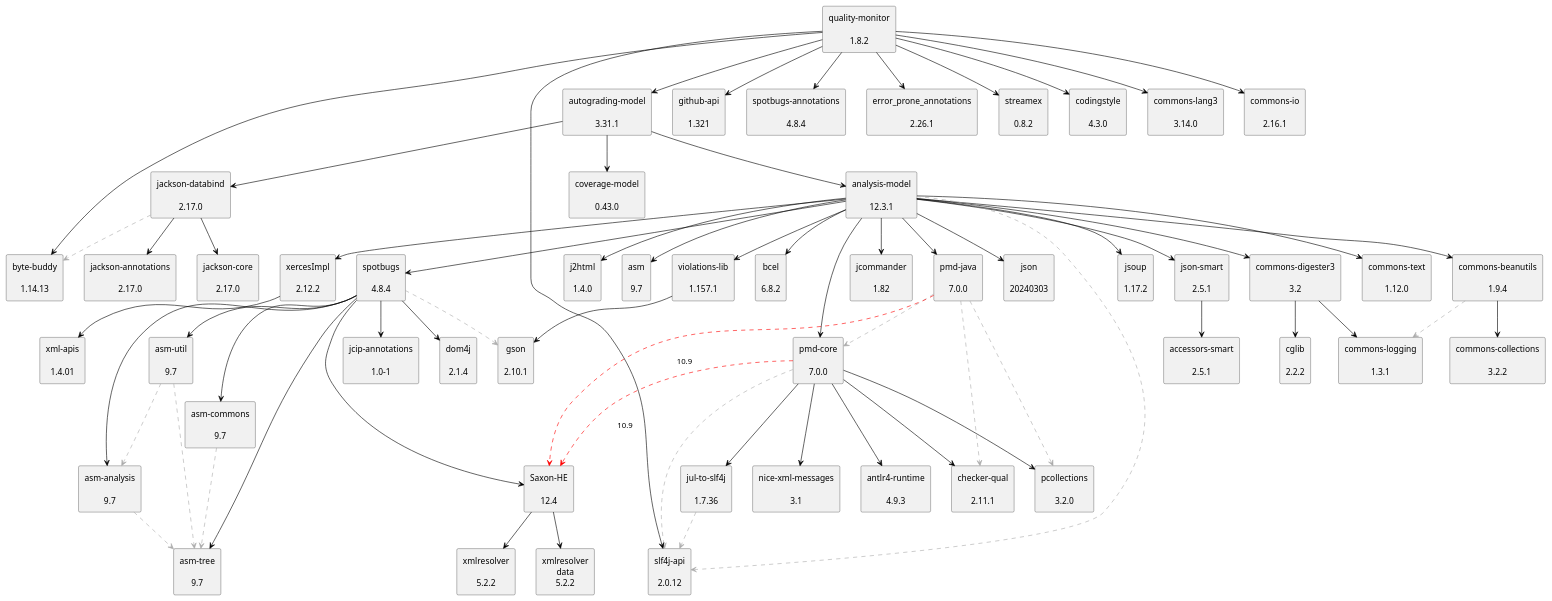
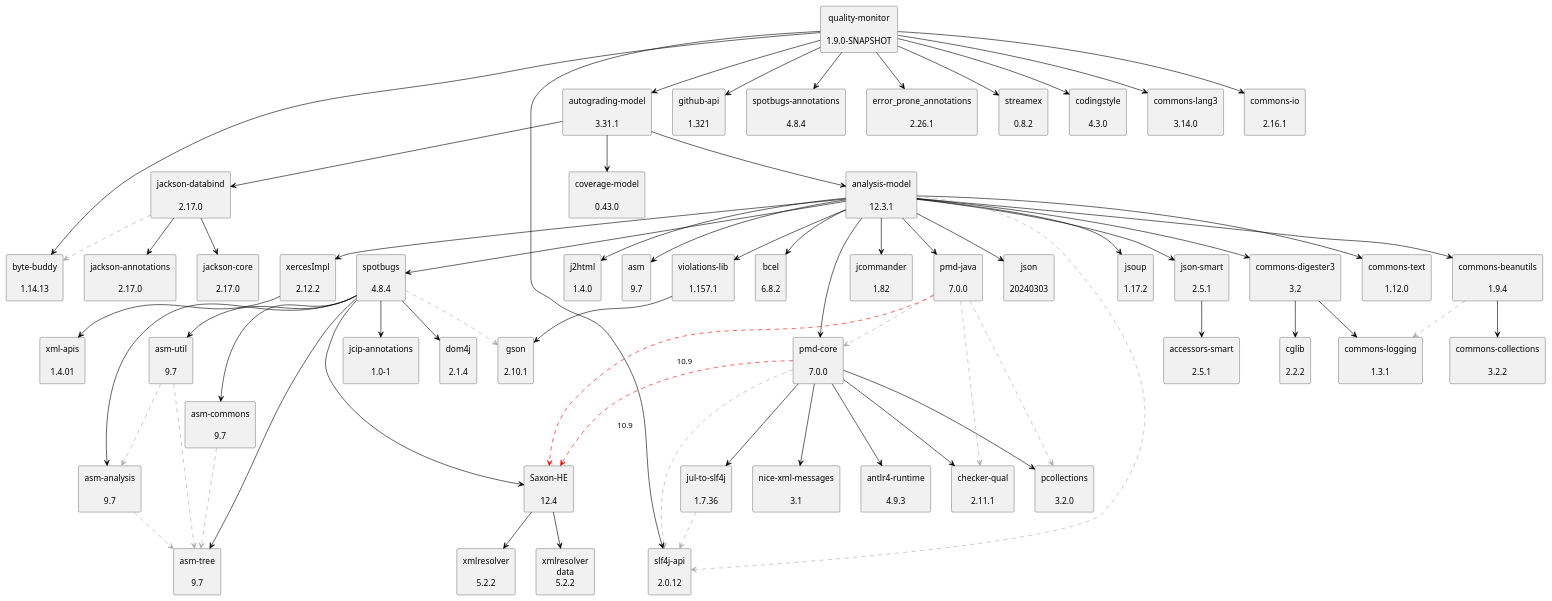
The diagram in doc/dependency-graph.puml (uhafner/quality-monitor), drawn with PlantUML before and after one commit. The commit also changed 3 other files, not shown here.

```diff
--- a/doc/dependency-graph.puml
+++ b/doc/dependency-graph.puml
@@ -1,125 +1,125 @@
 @startuml
 skinparam defaultTextAlignment center
 skinparam rectangle {
   BackgroundColor<<optional>> beige
   BackgroundColor<<test>> lightGreen
   BackgroundColor<<runtime>> lightBlue
   BackgroundColor<<provided>> lightGray
 }
 rectangle "analysis-model\n\n12.3.1" as edu_hm_hafner_analysis_model_jar
 rectangle "jsoup\n\n1.17.2" as org_jsoup_jsoup_jar
 rectangle "commons-digester3\n\n3.2" as org_apache_commons_commons_digester3_jar
 rectangle "cglib\n\n2.2.2" as cglib_cglib_jar
 rectangle "commons-logging\n\n1.3.1" as commons_logging_commons_logging_jar
 rectangle "commons-beanutils\n\n1.9.4" as commons_beanutils_commons_beanutils_jar
 rectangle "commons-collections\n\n3.2.2" as commons_collections_commons_collections_jar
 rectangle "commons-text\n\n1.12.0" as org_apache_commons_commons_text_jar
 rectangle "violations-lib\n\n1.157.1" as se_bjurr_violations_violations_lib_jar
 rectangle "gson\n\n2.10.1" as com_google_code_gson_gson_jar
 rectangle "j2html\n\n1.4.0" as com_j2html_j2html_jar
 rectangle "xercesImpl\n\n2.12.2" as xerces_xercesImpl_jar
 rectangle "xml-apis\n\n1.4.01" as xml_apis_xml_apis_jar
 rectangle "asm\n\n9.7" as org_ow2_asm_asm_jar
 rectangle "asm-analysis\n\n9.7" as org_ow2_asm_asm_analysis_jar
 rectangle "asm-tree\n\n9.7" as org_ow2_asm_asm_tree_jar
 rectangle "spotbugs\n\n4.8.4" as com_github_spotbugs_spotbugs_jar
 rectangle "asm-commons\n\n9.7" as org_ow2_asm_asm_commons_jar
 rectangle "asm-util\n\n9.7" as org_ow2_asm_asm_util_jar
 rectangle "jcip-annotations\n\n1.0-1" as com_github_stephenc_jcip_jcip_annotations_jar
 rectangle "dom4j\n\n2.1.4" as org_dom4j_dom4j_jar
 rectangle "Saxon-HE\n\n12.4" as net_sf_saxon_Saxon_HE_jar
 rectangle "xmlresolver\n\n5.2.2" as org_xmlresolver_xmlresolver_jar
 rectangle "xmlresolver\ndata\n5.2.2" as org_xmlresolver_xmlresolver_jar_data
 rectangle "bcel\n\n6.8.2" as org_apache_bcel_bcel_jar
 rectangle "pmd-core\n\n7.0.0" as net_sourceforge_pmd_pmd_core_jar
 rectangle "slf4j-api\n\n2.0.12" as org_slf4j_slf4j_api_jar
 rectangle "jul-to-slf4j\n\n1.7.36" as org_slf4j_jul_to_slf4j_jar
 rectangle "antlr4-runtime\n\n4.9.3" as org_antlr_antlr4_runtime_jar
 rectangle "checker-qual\n\n2.11.1" as org_checkerframework_checker_qual_jar
 rectangle "pcollections\n\n3.2.0" as org_pcollections_pcollections_jar
 rectangle "nice-xml-messages\n\n3.1" as com_github_oowekyala_ooxml_nice_xml_messages_jar
 rectangle "jcommander\n\n1.82" as com_beust_jcommander_jar
 rectangle "pmd-java\n\n7.0.0" as net_sourceforge_pmd_pmd_java_jar
 rectangle "json\n\n20240303" as org_json_json_jar
 rectangle "json-smart\n\n2.5.1" as net_minidev_json_smart_jar
 rectangle "accessors-smart\n\n2.5.1" as net_minidev_accessors_smart_jar
 rectangle "autograding-model\n\n3.31.1" as edu_hm_hafner_autograding_model_jar
 rectangle "coverage-model\n\n0.43.0" as edu_hm_hafner_coverage_model_jar
 rectangle "jackson-databind\n\n2.17.0" as com_fasterxml_jackson_core_jackson_databind_jar
 rectangle "jackson-annotations\n\n2.17.0" as com_fasterxml_jackson_core_jackson_annotations_jar
 rectangle "jackson-core\n\n2.17.0" as com_fasterxml_jackson_core_jackson_core_jar
 rectangle "byte-buddy\n\n1.14.13" as net_bytebuddy_byte_buddy_jar
-rectangle "quality-monitor\n\n1.8.2" as edu_hm_hafner_quality_monitor_jar
+rectangle "quality-monitor\n\n1.9.0-SNAPSHOT" as edu_hm_hafner_quality_monitor_jar
 rectangle "github-api\n\n1.321" as org_kohsuke_github_api_jar
 rectangle "spotbugs-annotations\n\n4.8.4" as com_github_spotbugs_spotbugs_annotations_jar
 rectangle "error_prone_annotations\n\n2.26.1" as com_google_errorprone_error_prone_annotations_jar
 rectangle "streamex\n\n0.8.2" as one_util_streamex_jar
 rectangle "codingstyle\n\n4.3.0" as edu_hm_hafner_codingstyle_jar
 rectangle "commons-lang3\n\n3.14.0" as org_apache_commons_commons_lang3_jar
 rectangle "commons-io\n\n2.16.1" as commons_io_commons_io_jar
 edu_hm_hafner_analysis_model_jar -[#000000]-> org_jsoup_jsoup_jar
 org_apache_commons_commons_digester3_jar -[#000000]-> cglib_cglib_jar
 org_apache_commons_commons_digester3_jar -[#000000]-> commons_logging_commons_logging_jar
 edu_hm_hafner_analysis_model_jar -[#000000]-> org_apache_commons_commons_digester3_jar
 commons_beanutils_commons_beanutils_jar .[#ABABAB].> commons_logging_commons_logging_jar
 commons_beanutils_commons_beanutils_jar -[#000000]-> commons_collections_commons_collections_jar
 edu_hm_hafner_analysis_model_jar -[#000000]-> commons_beanutils_commons_beanutils_jar
 edu_hm_hafner_analysis_model_jar -[#000000]-> org_apache_commons_commons_text_jar
 se_bjurr_violations_violations_lib_jar -[#000000]-> com_google_code_gson_gson_jar
 edu_hm_hafner_analysis_model_jar -[#000000]-> se_bjurr_violations_violations_lib_jar
 edu_hm_hafner_analysis_model_jar -[#000000]-> com_j2html_j2html_jar
 xerces_xercesImpl_jar -[#000000]-> xml_apis_xml_apis_jar
 edu_hm_hafner_analysis_model_jar -[#000000]-> xerces_xercesImpl_jar
 edu_hm_hafner_analysis_model_jar -[#000000]-> org_ow2_asm_asm_jar
 org_ow2_asm_asm_analysis_jar .[#ABABAB].> org_ow2_asm_asm_tree_jar
 com_github_spotbugs_spotbugs_jar -[#000000]-> org_ow2_asm_asm_analysis_jar
 org_ow2_asm_asm_commons_jar .[#ABABAB].> org_ow2_asm_asm_tree_jar
 com_github_spotbugs_spotbugs_jar -[#000000]-> org_ow2_asm_asm_commons_jar
 com_github_spotbugs_spotbugs_jar -[#000000]-> org_ow2_asm_asm_tree_jar
 org_ow2_asm_asm_util_jar .[#ABABAB].> org_ow2_asm_asm_tree_jar
 org_ow2_asm_asm_util_jar .[#ABABAB].> org_ow2_asm_asm_analysis_jar
 com_github_spotbugs_spotbugs_jar -[#000000]-> org_ow2_asm_asm_util_jar
 com_github_spotbugs_spotbugs_jar -[#000000]-> com_github_stephenc_jcip_jcip_annotations_jar
 com_github_spotbugs_spotbugs_jar -[#000000]-> org_dom4j_dom4j_jar
 com_github_spotbugs_spotbugs_jar .[#ABABAB].> com_google_code_gson_gson_jar
 net_sf_saxon_Saxon_HE_jar -[#000000]-> org_xmlresolver_xmlresolver_jar
 net_sf_saxon_Saxon_HE_jar -[#000000]-> org_xmlresolver_xmlresolver_jar_data
 com_github_spotbugs_spotbugs_jar -[#000000]-> net_sf_saxon_Saxon_HE_jar
 edu_hm_hafner_analysis_model_jar -[#000000]-> com_github_spotbugs_spotbugs_jar
 edu_hm_hafner_analysis_model_jar -[#000000]-> org_apache_bcel_bcel_jar
 net_sourceforge_pmd_pmd_core_jar .[#ABABAB].> org_slf4j_slf4j_api_jar
 org_slf4j_jul_to_slf4j_jar .[#ABABAB].> org_slf4j_slf4j_api_jar
 net_sourceforge_pmd_pmd_core_jar -[#000000]-> org_slf4j_jul_to_slf4j_jar
 net_sourceforge_pmd_pmd_core_jar -[#000000]-> org_antlr_antlr4_runtime_jar
 net_sourceforge_pmd_pmd_core_jar .[#FF0000].> net_sf_saxon_Saxon_HE_jar: 10.9
 net_sourceforge_pmd_pmd_core_jar -[#000000]-> org_checkerframework_checker_qual_jar
 net_sourceforge_pmd_pmd_core_jar -[#000000]-> org_pcollections_pcollections_jar
 net_sourceforge_pmd_pmd_core_jar -[#000000]-> com_github_oowekyala_ooxml_nice_xml_messages_jar
 edu_hm_hafner_analysis_model_jar -[#000000]-> net_sourceforge_pmd_pmd_core_jar
 edu_hm_hafner_analysis_model_jar -[#000000]-> com_beust_jcommander_jar
 net_sourceforge_pmd_pmd_java_jar .[#ABABAB].> net_sourceforge_pmd_pmd_core_jar
 net_sourceforge_pmd_pmd_java_jar .[#ABABAB].> org_checkerframework_checker_qual_jar
 net_sourceforge_pmd_pmd_java_jar .[#FF0000].> net_sf_saxon_Saxon_HE_jar: 10.9
 net_sourceforge_pmd_pmd_java_jar .[#ABABAB].> org_pcollections_pcollections_jar
 edu_hm_hafner_analysis_model_jar -[#000000]-> net_sourceforge_pmd_pmd_java_jar
 edu_hm_hafner_analysis_model_jar -[#000000]-> org_json_json_jar
 net_minidev_json_smart_jar -[#000000]-> net_minidev_accessors_smart_jar
 edu_hm_hafner_analysis_model_jar -[#000000]-> net_minidev_json_smart_jar
 edu_hm_hafner_analysis_model_jar .[#ABABAB].> org_slf4j_slf4j_api_jar
 edu_hm_hafner_autograding_model_jar -[#000000]-> edu_hm_hafner_analysis_model_jar
 edu_hm_hafner_autograding_model_jar -[#000000]-> edu_hm_hafner_coverage_model_jar
 com_fasterxml_jackson_core_jackson_databind_jar -[#000000]-> com_fasterxml_jackson_core_jackson_annotations_jar
 com_fasterxml_jackson_core_jackson_databind_jar -[#000000]-> com_fasterxml_jackson_core_jackson_core_jar
 com_fasterxml_jackson_core_jackson_databind_jar .[#ABABAB].> net_bytebuddy_byte_buddy_jar
 edu_hm_hafner_autograding_model_jar -[#000000]-> com_fasterxml_jackson_core_jackson_databind_jar
 edu_hm_hafner_quality_monitor_jar -[#000000]-> edu_hm_hafner_autograding_model_jar
 edu_hm_hafner_quality_monitor_jar -[#000000]-> org_kohsuke_github_api_jar
 edu_hm_hafner_quality_monitor_jar -[#000000]-> org_slf4j_slf4j_api_jar
 edu_hm_hafner_quality_monitor_jar -[#000000]-> com_github_spotbugs_spotbugs_annotations_jar
 edu_hm_hafner_quality_monitor_jar -[#000000]-> com_google_errorprone_error_prone_annotations_jar
 edu_hm_hafner_quality_monitor_jar -[#000000]-> one_util_streamex_jar
 edu_hm_hafner_quality_monitor_jar -[#000000]-> edu_hm_hafner_codingstyle_jar
 edu_hm_hafner_quality_monitor_jar -[#000000]-> org_apache_commons_commons_lang3_jar
 edu_hm_hafner_quality_monitor_jar -[#000000]-> commons_io_commons_io_jar
 edu_hm_hafner_quality_monitor_jar -[#000000]-> net_bytebuddy_byte_buddy_jar
 @enduml
```
